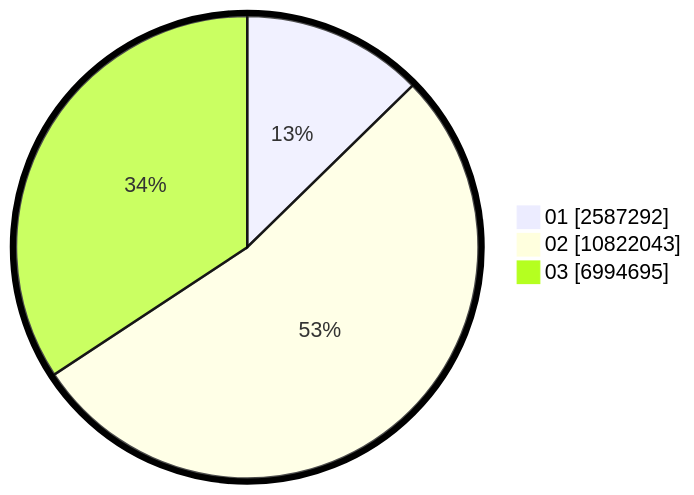
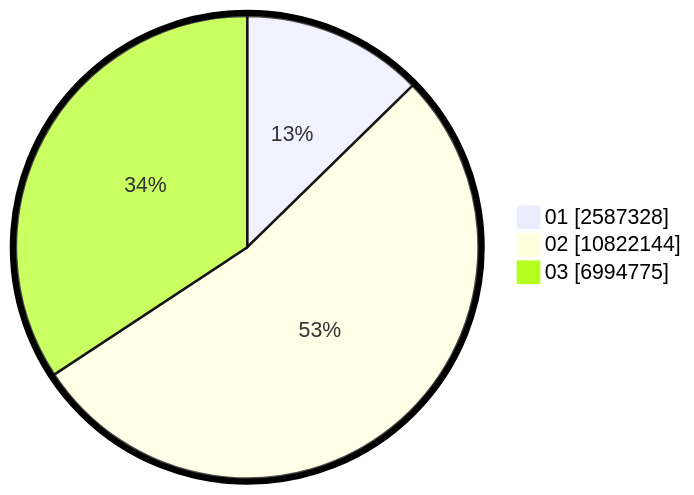
One commit to gigit-pemilu/pemilu-2024 changed the second of 2 diagrams in pilpres/hitung-suara/sub/table-wilayah-33.md. Above: the diagram before and after it, drawn with Mermaid. The commit also changed other lines of this file and 8 other files, not shown here.

````diff
--- a/pilpres/hitung-suara/sub/table-wilayah-33.md
+++ b/pilpres/hitung-suara/sub/table-wilayah-33.md
@@ -15,7 +15,7 @@
 ```mermaid
 %%{init: {"pie": {"textPosition": 0.5}, "themeVariables": {"pieOuterStrokeWidth": "5px"}} }%%
 pie showData
-    "01" : 2587292
-    "02" : 10822043
-    "03" : 6994695
+    "01" : 2587328
+    "02" : 10822144
+    "03" : 6994775
 ```
````
